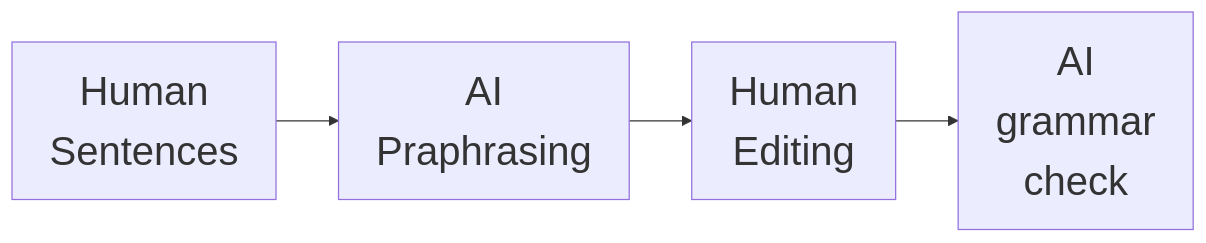
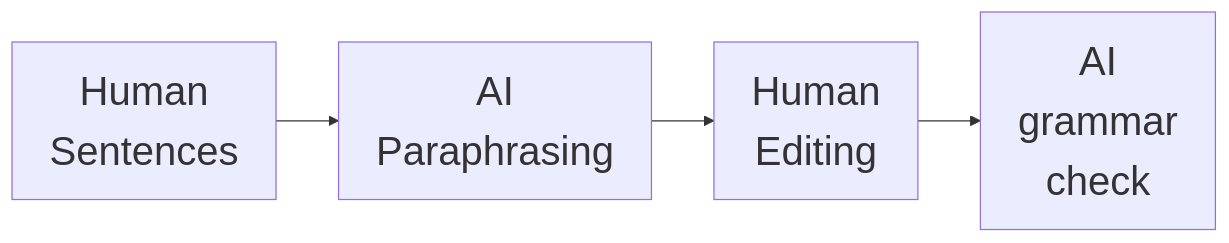
The second of 5 diagrams in blogs/ai-use.qmd (mk12022010/myweb), drawn with Mermaid before and after one commit. The commit also changed 29 other files, not shown here.

````diff
--- a/blogs/ai-use.qmd
+++ b/blogs/ai-use.qmd
@@ -161,8 +161,8 @@
 ```{mermaid}
 %%| echo: false
 %%{init: {'themeVariables': { 'fontSize': '2rem'}}}%%
 graph LR
-A[Human<br>Sentences] --> B[AI<br>Praphrasing]
-B --> C[Human<br>Editing</editing>]
+A[Human<br>Sentences] --> B[AI<br>Paraphrasing]
+B --> C[Human<br>Editing]
 C --> D[AI<br>grammar<br>check]
 ```
````
